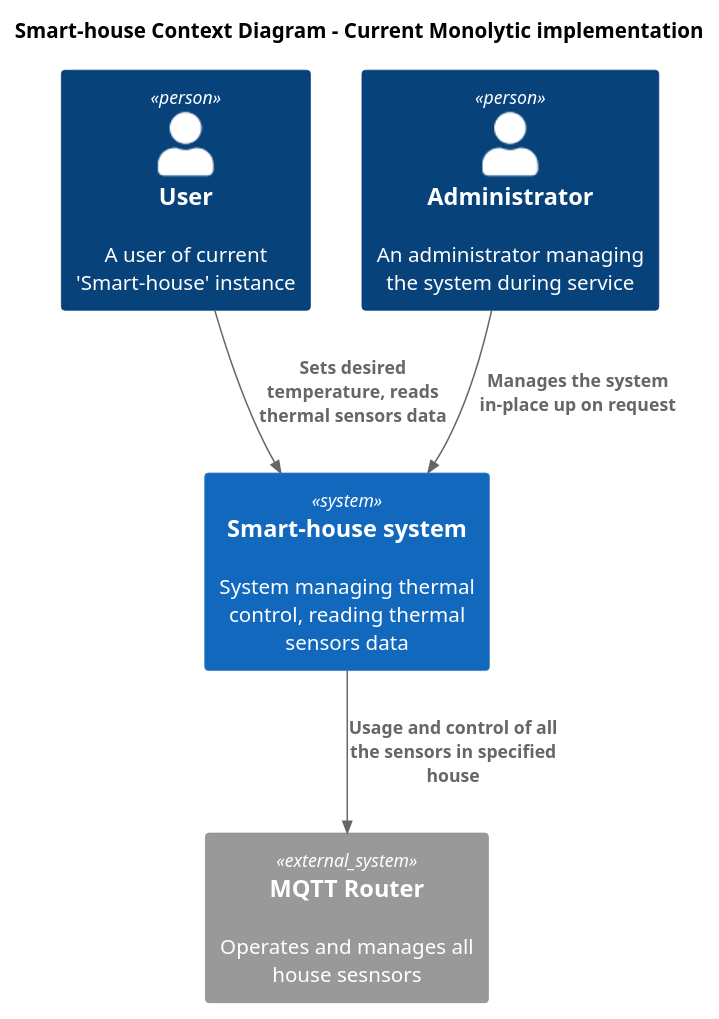
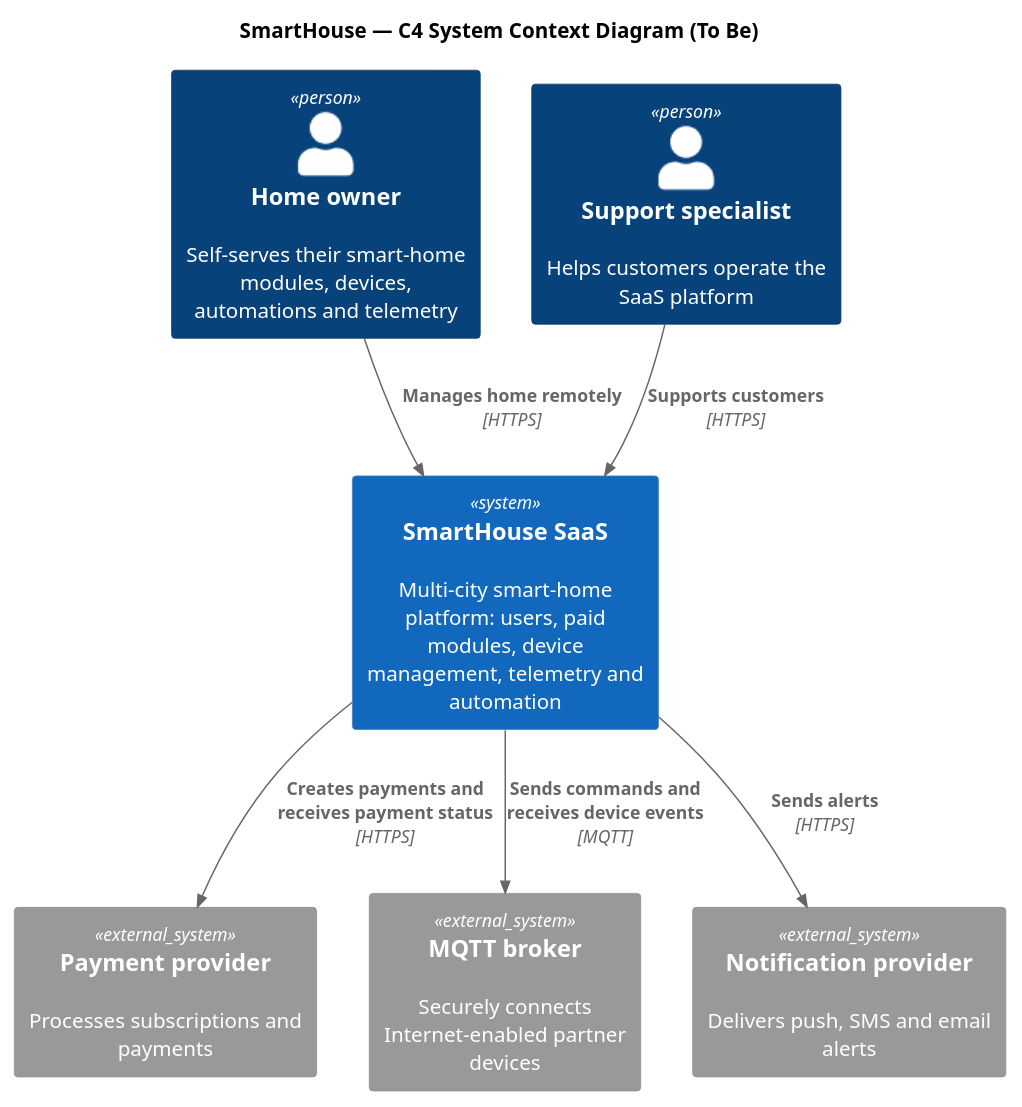
One commit to bormoley1983/architecture-warmhouse changed the diagram in docs/architecture/microservices/c4_context.puml. Above: the diagram before and after it, drawn with PlantUML. The commit also changed 6 other files, not shown here.

Commit message:
container diagram updated distinguishing all the major services required by PRD as "service". removing monolitycal representation

```diff
--- a/docs/architecture/microservices/c4_context.puml
+++ b/docs/architecture/microservices/c4_context.puml
@@ -1,18 +1,19 @@
 @startuml
-
-title Smart-house Context Diagram - Current Monolytic implementation
+title SmartHouse — C4 System Context Diagram (To Be)
 
 top to bottom direction
-
 !includeurl https://raw.githubusercontent.com/plantuml-stdlib/C4-PlantUML/master/C4_Component.puml
 
-Person(user, "User", "A user of current 'Smart-house' instance")
-Person(admin, "Administrator", "An administrator managing the system during service")
-System(SmartHouse, "Smart-house system", "System managing thermal control, reading thermal sensors data")
+Person(user, "Home owner", "Self-serves their smart-home modules, devices, automations and telemetry")
+Person(support, "Support specialist", "Helps customers operate the SaaS platform")
+System(SmartHouse, "SmartHouse SaaS", "Multi-city smart-home platform: users, paid modules, device management, telemetry and automation")
+System_Ext(paymentProvider, "Payment provider", "Processes subscriptions and payments")
+System_Ext(mqttBroker, "MQTT broker", "Securely connects Internet-enabled partner devices")
+System_Ext(notificationProvider, "Notification provider", "Delivers push, SMS and email alerts")
 
-System_Ext(MQTTRouter, "MQTT Router", "Operates and manages all house sesnsors")
-
-Rel(user, SmartHouse, "Sets desired temperature, reads thermal sensors data")
-Rel(admin, SmartHouse, "Manages the system in-place up on request")
-Rel(SmartHouse, MQTTRouter, "Usage and control of all the sensors in specified house")
+Rel(user, SmartHouse, "Manages home remotely", "HTTPS")
+Rel(support, SmartHouse, "Supports customers", "HTTPS")
+Rel(SmartHouse, paymentProvider, "Creates payments and receives payment status", "HTTPS")
+Rel(SmartHouse, mqttBroker, "Sends commands and receives device events", "MQTT")
+Rel(SmartHouse, notificationProvider, "Sends alerts", "HTTPS")
 @enduml
```
